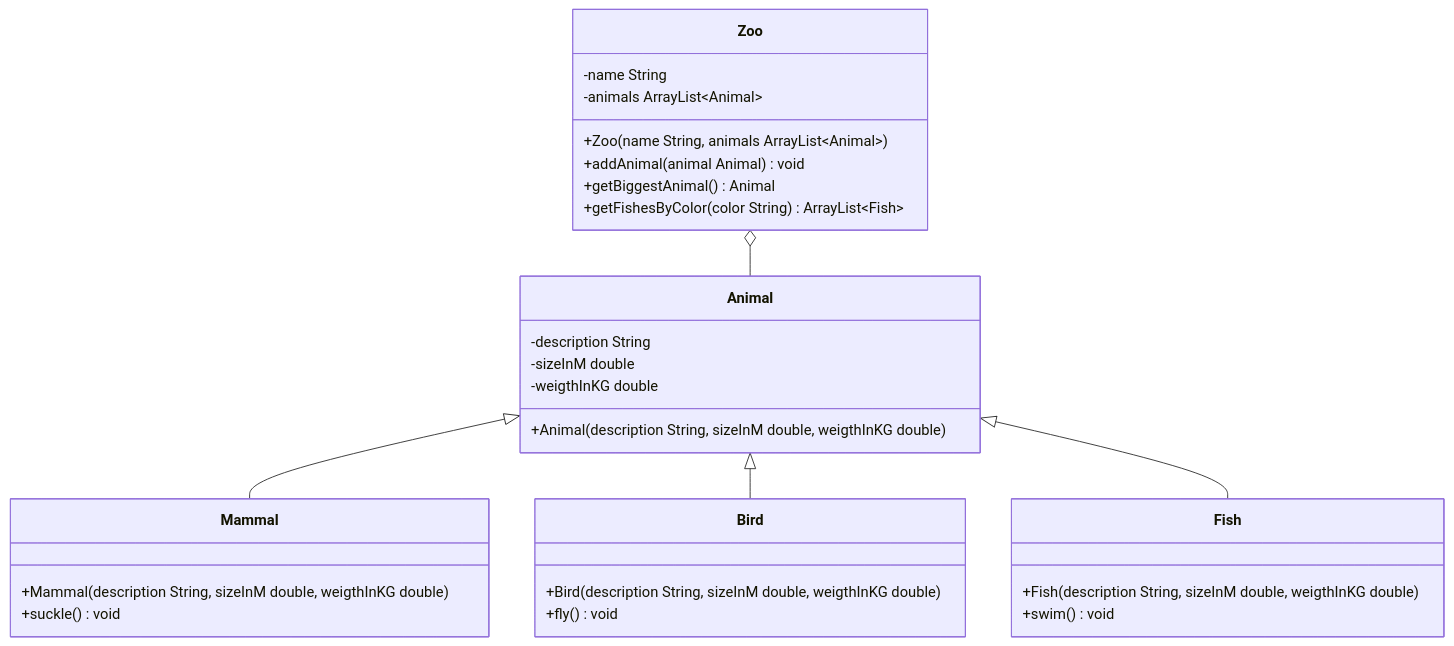
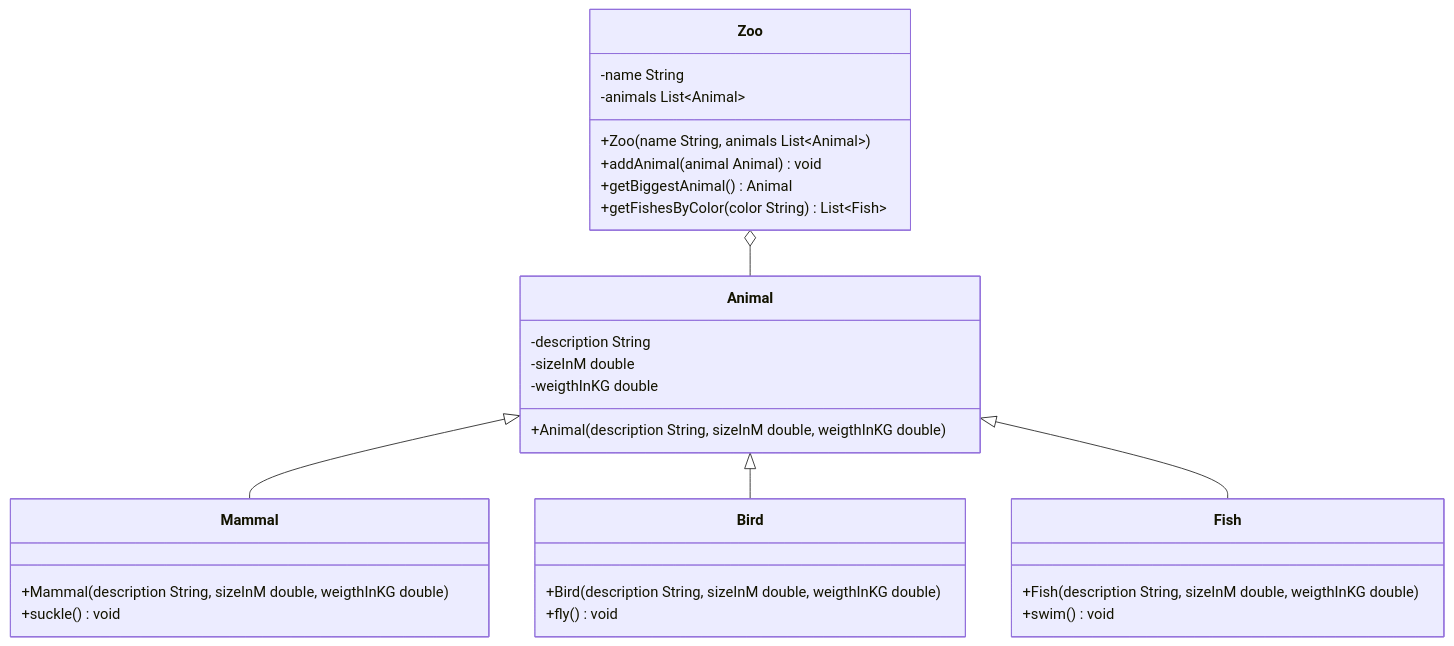
Before and after one commit to jappuccini/java-docs: the diagram in docs/exam-exercises/exam-exercises-java1/zoo.md, drawn with Mermaid. The commit also changed other lines of this file, not shown here.

````diff
--- a/docs/exam-exercises/exam-exercises-java1/zoo.md
+++ b/docs/exam-exercises/exam-exercises-java1/zoo.md
@@ -11,38 +11,38 @@
 ```mermaid
 classDiagram
     Zoo o-- Animal
     Animal <|-- Mammal
     Animal <|-- Bird
     Animal <|-- Fish
 
     class Zoo {
         -name String
-        -animals ArrayList~Animal~
-        +Zoo(name String, animals ArrayList~Animal~)
+        -animals List~Animal~
+        +Zoo(name String, animals List~Animal~)
         +addAnimal(animal Animal) void
         +getBiggestAnimal() Animal
-        +getFishesByColor(color String) ArrayList~Fish~
+        +getFishesByColor(color String) List~Fish~
     }
 
     class Animal {
         -description String
         -sizeInM double
         -weigthInKG double
         +Animal(description String, sizeInM double, weigthInKG double)
     }
 
     class Mammal {
         +Mammal(description String, sizeInM double, weigthInKG double)
         +suckle() void
     }
 
     class Bird {
         +Bird(description String, sizeInM double, weigthInKG double)
         +fly() void
     }
 
     class Fish {
         +Fish(description String, sizeInM double, weigthInKG double)
         +swim() void
     }
 ```
````
